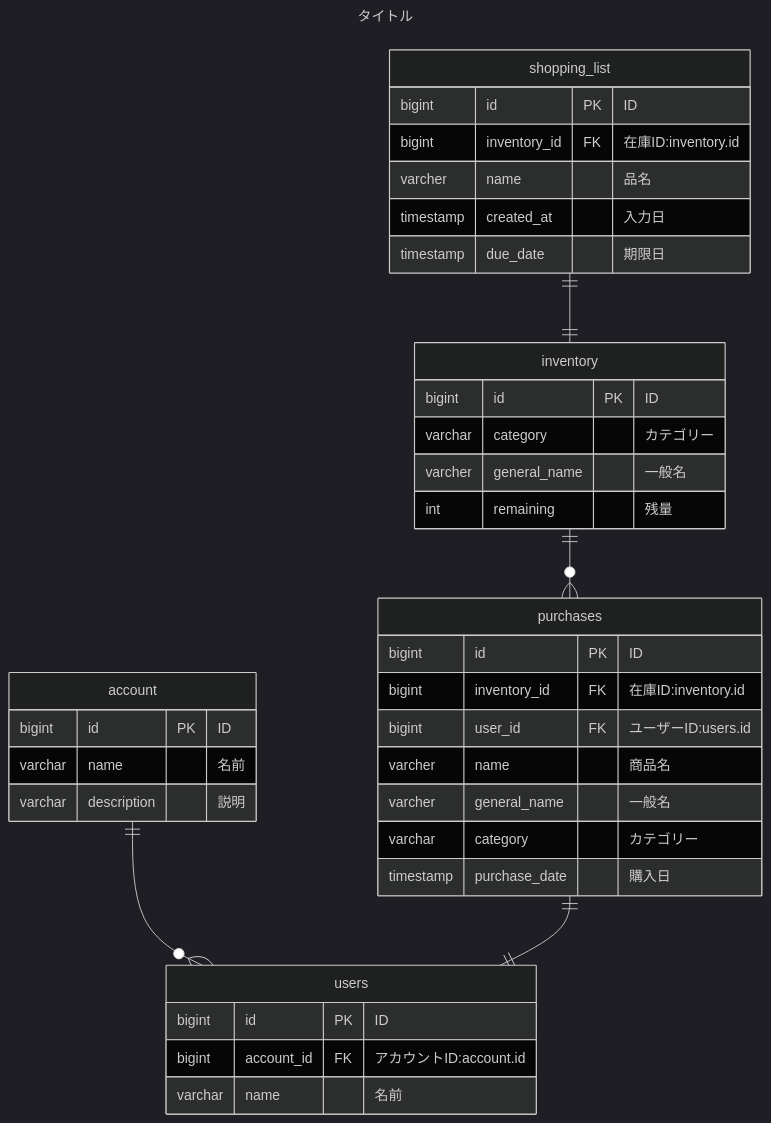
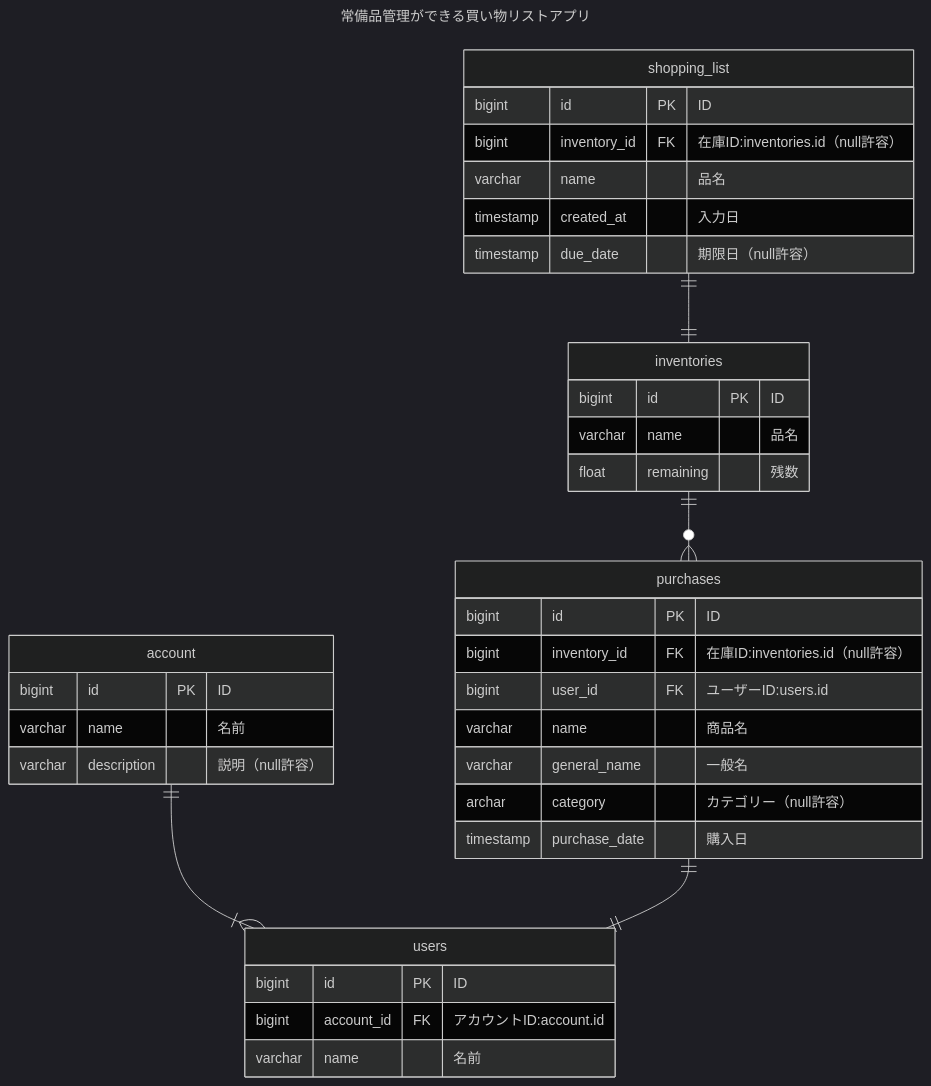
One commit to kurutto/fridge-inventory changed the diagram in doc/fridge-inventory.md. Above: the diagram before and after it, drawn with Mermaid (dark theme).

Commit message:
null許容追加、リレーションの修正,他軽微な修正

````diff
--- a/doc/fridge-inventory.md
+++ b/doc/fridge-inventory.md
@@ -5,44 +5,43 @@
 ```mermaid
 ---
-title: "タイトル"
+title: "常備品管理ができる買い物リストアプリ"
 ---
 erDiagram
 
-    account ||--o{ users : ""
-    inventory ||--o{ purchases : ""
+    account ||--|{ users : ""
+    inventories ||--o{ purchases : ""
     purchases ||--|| users : ""
-    shopping_list ||--|| inventory : ""
+    shopping_list ||--|| inventories : ""
 
     account {
         bigint id PK "ID"
         varchar name "名前"
-        varchar description "説明"
+        varchar description "説明（null許容）"
     }
     users {
         bigint id PK "ID"
         bigint account_id FK "アカウントID:account.id"
         varchar name "名前"
     }
-    inventory {
+    inventories {
         bigint id PK "ID"
-        varchar category "カテゴリー"
-        varcher general_name "一般名"
-        int remaining "残量"
+        varchar name "品名"
+        float remaining "残数"
     }
     purchases {
         bigint id PK "ID"
-        bigint inventory_id FK "在庫ID:inventory.id"
+        bigint inventory_id FK "在庫ID:inventories.id（null許容）" 
         bigint user_id FK "ユーザーID:users.id"
-        varcher name "商品名"
-        varcher general_name "一般名"
-        varchar category "カテゴリー"
+        varchar name "商品名"
+        varchar general_name "一般名"
+        archar category "カテゴリー（null許容）"
         timestamp purchase_date "購入日"
     }
     shopping_list {
         bigint id PK "ID"
-        bigint inventory_id FK "在庫ID:inventory.id"
-        varcher name "品名"
+        bigint inventory_id FK "在庫ID:inventories.id（null許容）"
+        varchar name "品名"
         timestamp created_at "入力日"
-        timestamp due_date "期限日"
+        timestamp due_date "期限日（null許容）"
     }
 ```
````
